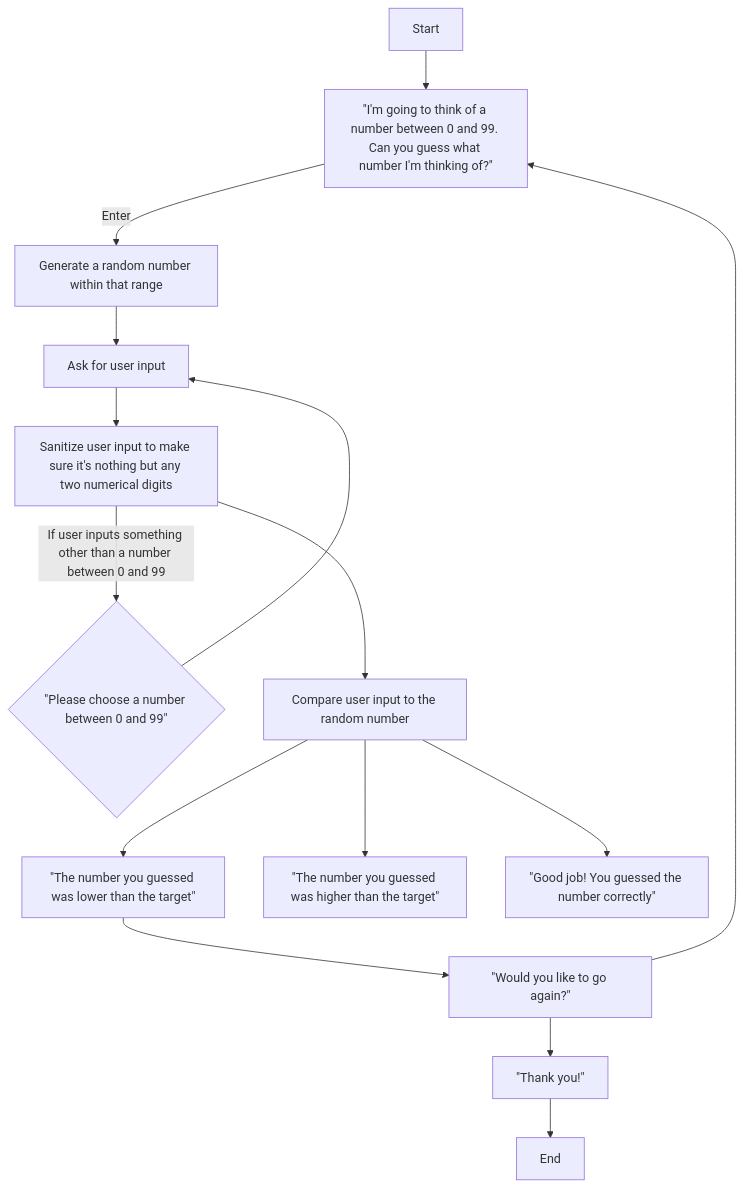
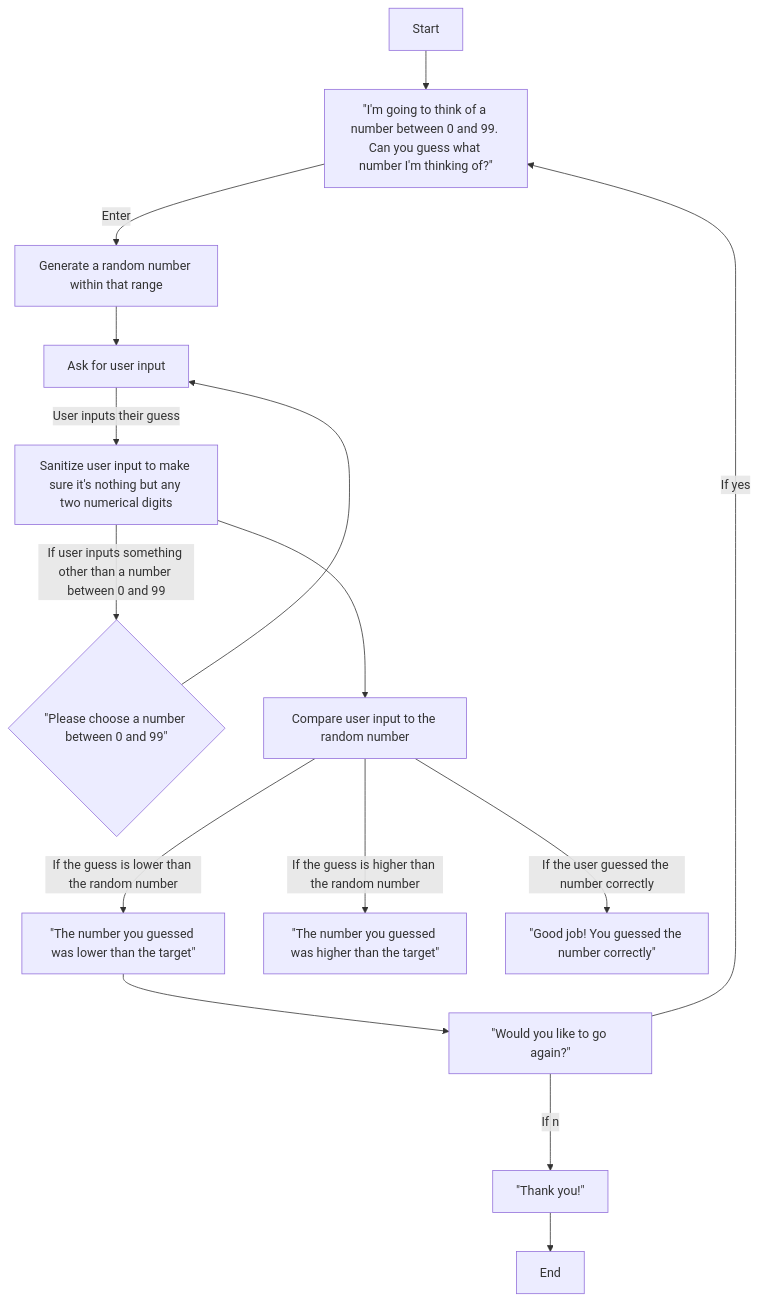
The diagram in Diagram.md (melanieb98/melanieb98), drawn with Mermaid before and after one commit.

````diff
--- a/Diagram.md
+++ b/Diagram.md
@@ -1,20 +1,20 @@
 ```mermaid
 
 flowchart TD
 
     Start[Start]-->st1[#quot;I'm going to think of a number between 0 and 99. Can you guess what number I'm thinking of?#quot;];
     st1--Enter-->st1.1[Generate a random number within that range];
     st1.1-->st2[Ask for user input];
-    st2-->st3[Sanitize user input to make sure it's nothing but any two numerical digits];
+    st2--User inputs their guess-->st3[Sanitize user input to make sure it's nothing but any two numerical digits];
     st3--If user inputs something other than a number between 0 and 99-->st3.1{#quot;Please choose a number between 0 and 99#quot;};
     st3.1-->st2;
     st3-->st4[Compare user input to the random number];
-    st4-->lower[#quot;The number you guessed was lower than the target#quot;];
-    st4-->higher[#quot;The number you guessed was higher than the target#quot;];
-    st4-->correct[#quot;Good job! You guessed the number correctly#quot;];
+    st4--If the guess is lower than the random number-->lower[#quot;The number you guessed was lower than the target#quot;];
+    st4--If the guess is higher than the random number-->higher[#quot;The number you guessed was higher than the target#quot;];
+    st4--If the user guessed the number correctly-->correct[#quot;Good job! You guessed the number correctly#quot;];
     lower-->repeat[#quot;Would you like to go again?#quot;];
-    repeat-->st1;
-    repeat-->stop[#quot;Thank you!#quot;];
+    repeat--If yes-->st1;
+    repeat--If no-->stop[#quot;Thank you!#quot;];
     stop-->End[End];
 
 ```
````
